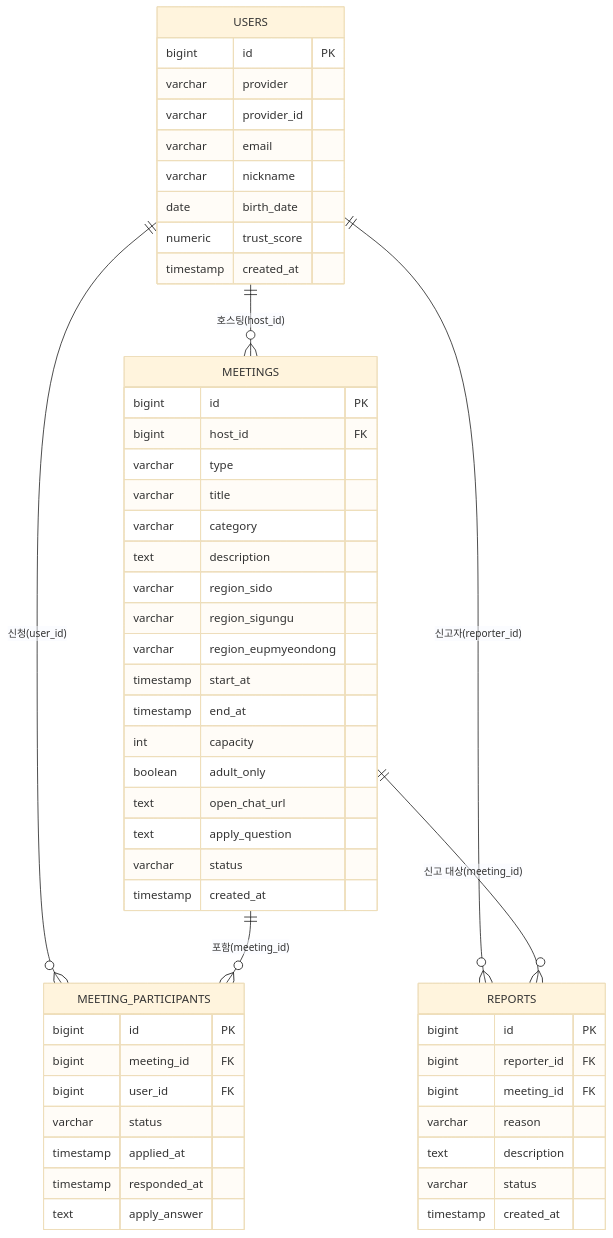
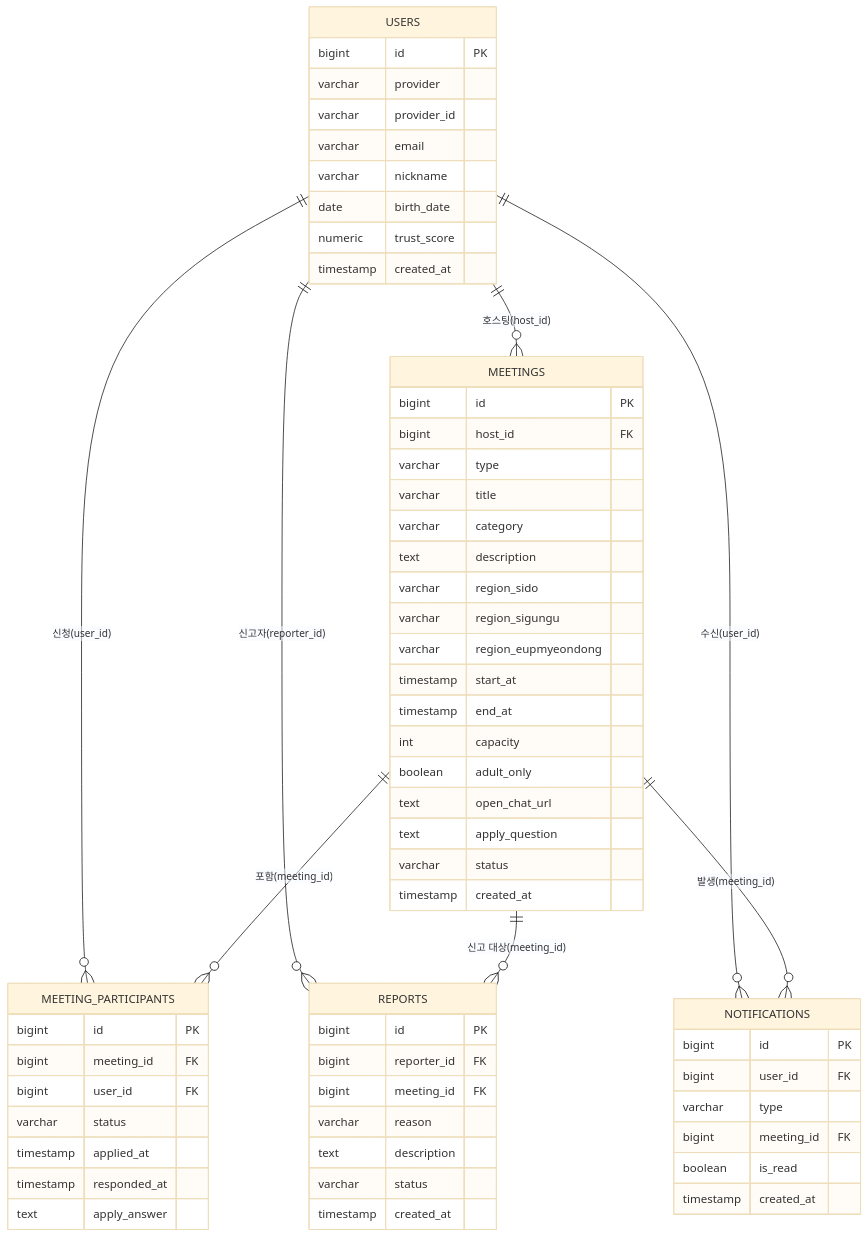
The diagram in bungae-moim-backend/docs/번개모임_소모임_DB_스키마_설계서.md (Mureung1/hub-showcase), drawn with Mermaid (base theme) before and after one commit. The commit also changed other lines of this file and 3 other files, not shown here.

````diff
--- a/bungae-moim-backend/docs/번개모임_소모임_DB_스키마_설계서.md
+++ b/bungae-moim-backend/docs/번개모임_소모임_DB_스키마_설계서.md
@@ -9,56 +9,66 @@
 ```mermaid
 erDiagram
     USERS ||--o{ MEETINGS : "호스팅(host_id)"
     USERS ||--o{ MEETING_PARTICIPANTS : "신청(user_id)"
     MEETINGS ||--o{ MEETING_PARTICIPANTS : "포함(meeting_id)"
     USERS ||--o{ REPORTS : "신고자(reporter_id)"
     MEETINGS ||--o{ REPORTS : "신고 대상(meeting_id)"
+    USERS ||--o{ NOTIFICATIONS : "수신(user_id)"
+    MEETINGS ||--o{ NOTIFICATIONS : "발생(meeting_id)"
 
     USERS {
         bigint id PK
         varchar provider
         varchar provider_id
         varchar email
         varchar nickname
         date birth_date
         numeric trust_score
         timestamp created_at
     }
     MEETINGS {
         bigint id PK
         bigint host_id FK
         varchar type
         varchar title
         varchar category
         text description
         varchar region_sido
         varchar region_sigungu
         varchar region_eupmyeondong
         timestamp start_at
         timestamp end_at
         int capacity
         boolean adult_only
         text open_chat_url
         text apply_question
         varchar status
         timestamp created_at
     }
     MEETING_PARTICIPANTS {
         bigint id PK
         bigint meeting_id FK
         bigint user_id FK
         varchar status
         timestamp applied_at
         timestamp responded_at
         text apply_answer
     }
     REPORTS {
         bigint id PK
         bigint reporter_id FK
         bigint meeting_id FK
         varchar reason
         text description
         varchar status
         timestamp created_at
     }
+    NOTIFICATIONS {
+        bigint id PK
+        bigint user_id FK
+        varchar type
+        bigint meeting_id FK
+        boolean is_read
+        timestamp created_at
+    }
 ```
````
